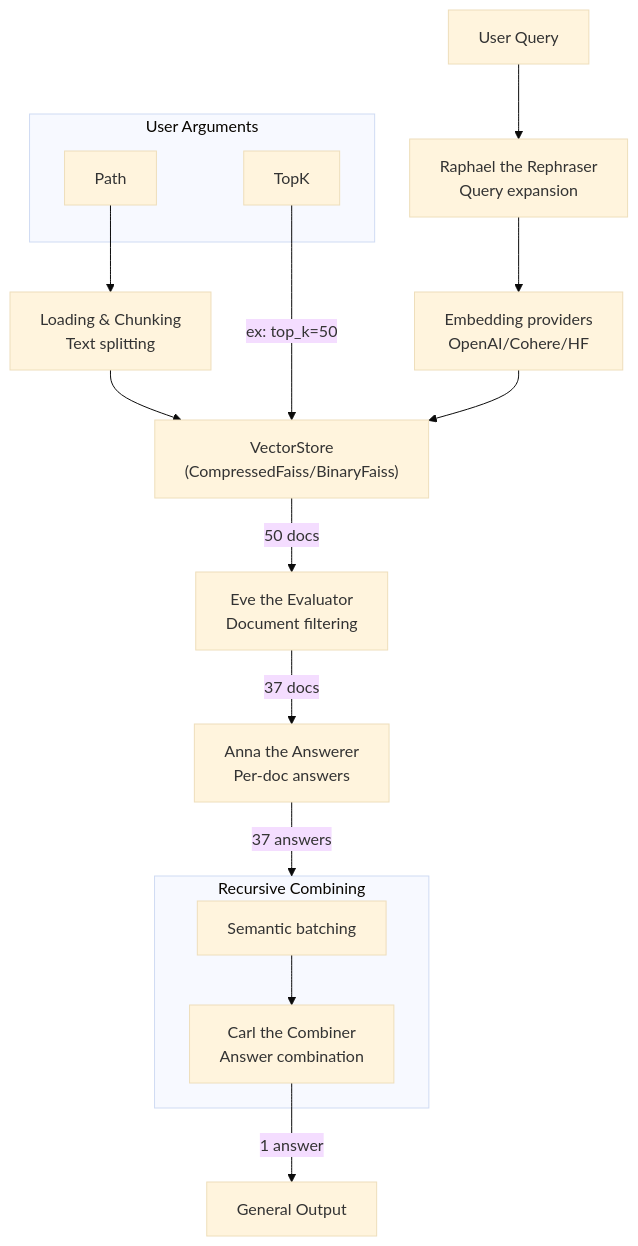
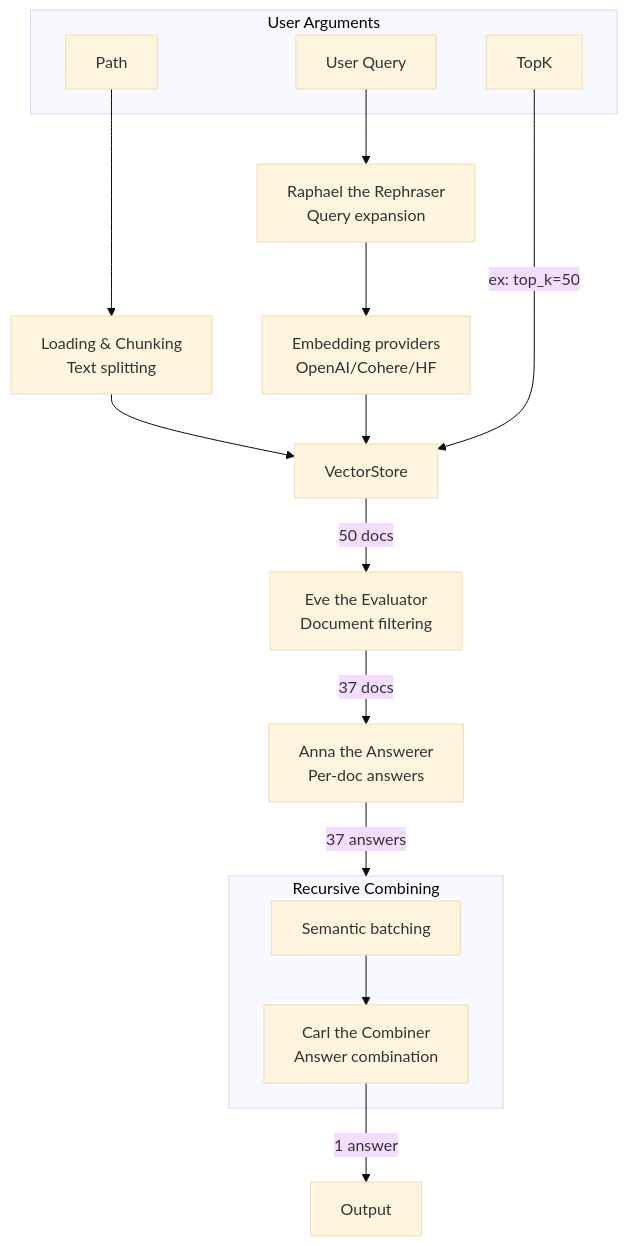
Before and after one commit to thiswillbeyourgithub/wdoc: the diagram in images/diagram_query.mmd, drawn with Mermaid (base theme).

Commit message:
feat: update diagram with user query in arguments and simplified vectorstore

```diff
--- a/images/diagram_query.mmd
+++ b/images/diagram_query.mmd
@@ -1,34 +1,33 @@
 flowchart TD
     subgraph Inputs["User Arguments"]
         Path["Path"]
         TopK["TopK"]
+        UserQuery["User Query"]
     end
 
     Embeddings["Embedding providers<br/>OpenAI/Cohere/HF"]
-    VectorStore["VectorStore<br/>(CompressedFaiss/BinaryFaiss)"]
+    VectorStore["VectorStore"]
     Chunker["Loading & Chunking<br/>Text splitting"]
 
     Path --> Chunker
     Chunker --> VectorStore
     Embeddings --> VectorStore
 
-    QueryOutput["General Output"]
-
-    UserQuery["User Query"]
+    QueryOutput["Output"]
     Raphael["Raphael the Rephraser<br/>Query expansion"]
     Eve["Eve the Evaluator<br/>Document filtering"]
     Anna["Anna the Answerer<br/>Per-doc answers"]
     
     subgraph RecursiveCombining["Recursive Combining"]
         SemanticBatching["Semantic batching"]
         Carl["Carl the Combiner<br/>Answer combination"]
         SemanticBatching --> Carl
     end
     
     UserQuery --> Raphael
     Raphael --> Embeddings
     TopK -->|ex: top_k=50| VectorStore
     VectorStore -->|50 docs| Eve
     Eve -->|37 docs| Anna
     Anna -->|37 answers| RecursiveCombining
     Carl -->|1 answer| QueryOutput
```
